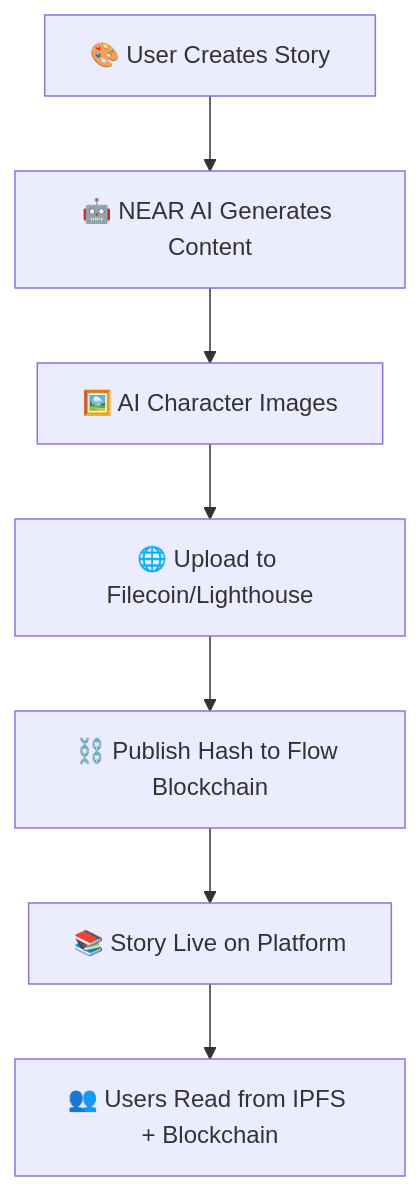
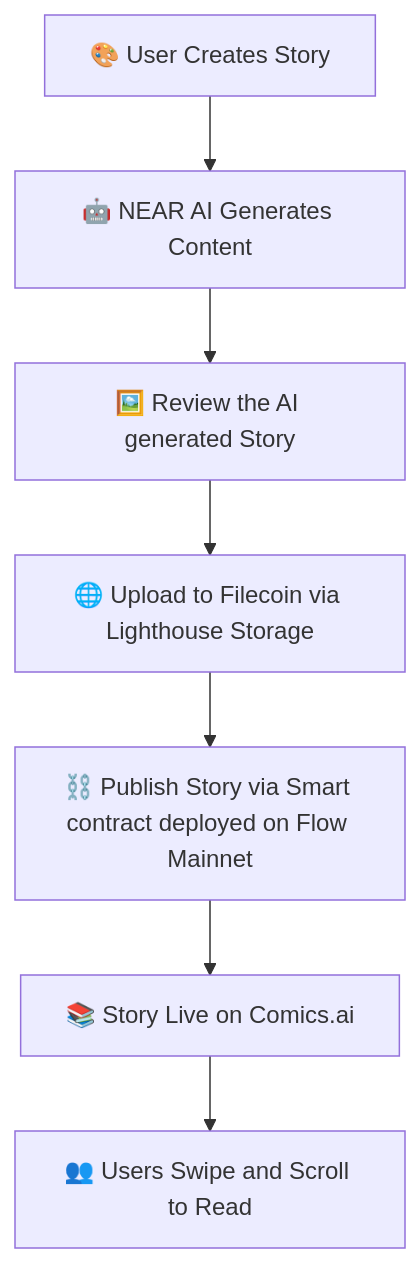
The diagram in README.md (ayushete02/anon-reader), drawn with Mermaid before and after one commit. The commit also changed other lines of this file and 1 other file, not shown here.

Commit message:
feat: Update README.md to enhance platform description and add quick start instructions; add tech stack image

````diff
--- a/README.md
+++ b/README.md
@@ -34,9 +33,9 @@
 ```mermaid
 graph TD
     A[🎨 User Creates Story] --> B[🤖 NEAR AI Generates Content]
-    B --> C[🖼️ AI Character Images]
-    C --> D[🌐 Upload to Filecoin/Lighthouse]
-    D --> E[⛓️ Publish Hash to Flow Blockchain]
-    E --> F[📚 Story Live on Platform]
-    F --> G[👥 Users Read from IPFS + Blockchain]
+    B --> C[🖼️ Review the AI generated Story]
+    C --> D[🌐 Upload to Filecoin via Lighthouse Storage]
+    D --> E[⛓️ Publish Story via Smart contract deployed on Flow Mainnet]
+    E --> F[📚 Story Live on Comics.ai]
+    F --> G[👥 Users Swipe and Scroll to Read]
 ```
````
